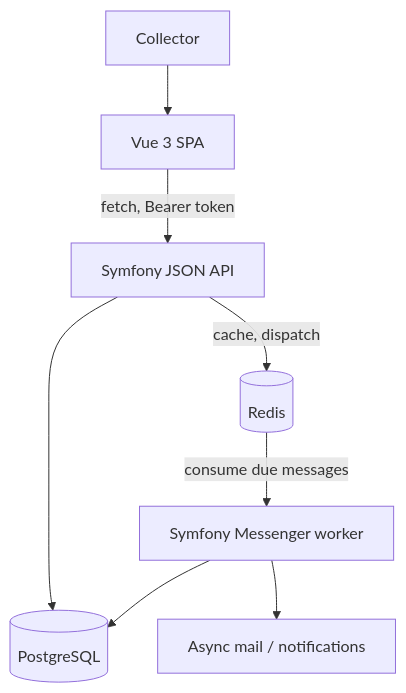
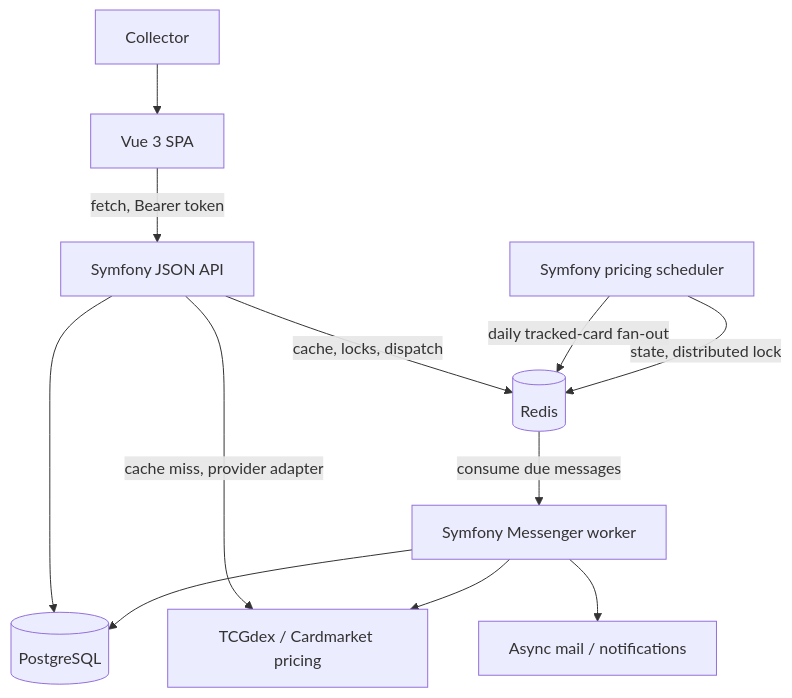
The first of 7 diagrams in docs/architecture.md (Jelmer-Ketelaar/CardNest), drawn with Mermaid before and after one commit. The commit also changed other lines of this file and 90 other files, not shown here.

Commit message:
Introduce pricing history with TCGdex integration

````diff
--- a/docs/architecture.md
+++ b/docs/architecture.md
@@ -9,18 +9,24 @@
 ```mermaid
 flowchart TD
     Collector[Collector]
     SPA[Vue 3 SPA]
     API[Symfony JSON API]
     Worker[Symfony Messenger worker]
+    Scheduler[Symfony pricing scheduler]
     Postgres[(PostgreSQL)]
     Redis[(Redis)]
+    PriceSource[TCGdex / Cardmarket pricing]
     Mail[Async mail / notifications]
 
     Collector --> SPA
     SPA -->|"fetch, Bearer token"| API
     API --> Postgres
-    API -->|cache, dispatch| Redis
+    API -->|cache, locks, dispatch| Redis
+    API -->|cache miss, provider adapter| PriceSource
     Redis -->|consume due messages| Worker
+    Scheduler -->|daily tracked-card fan-out| Redis
+    Scheduler -->|state, distributed lock| Redis
     Worker --> Postgres
+    Worker --> PriceSource
     Worker --> Mail
 ```
````
